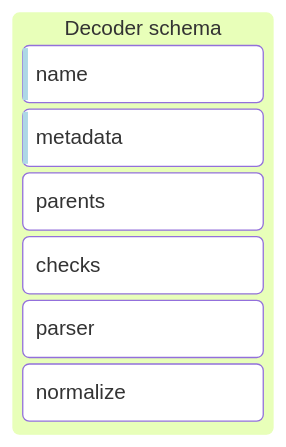
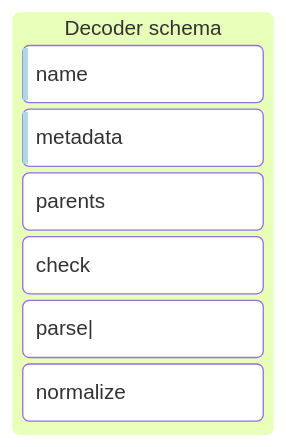
One commit to wazuh/wazuh changed diagram 16 of 18 in docs/ref/modules/engine/README.md. Above: the diagram before and after it, drawn with Mermaid. The commit also changed other lines of this file, not shown here.

Commit message:
feat: Improve asset seccion doc

````diff
--- a/docs/ref/modules/engine/README.md
+++ b/docs/ref/modules/engine/README.md
@@ -1651,13 +1654,13 @@
 ```mermaid
 ---
 title: Decoder schema
 ---
 kanban
   Decoder[Decoder schema]
     assetName["name"]@{ priority: 'Very Low'}
     assetMetadata["metadata"]@{ priority: 'Very Low'}
     assetParents["parents"]
-    assetChecks["checks"]
-    decoParsers["parser"]
+    assetChecks["check"]
+    decoParsers["parse|<field>"]
     decoNormalize["normalize"]
 ```
````
